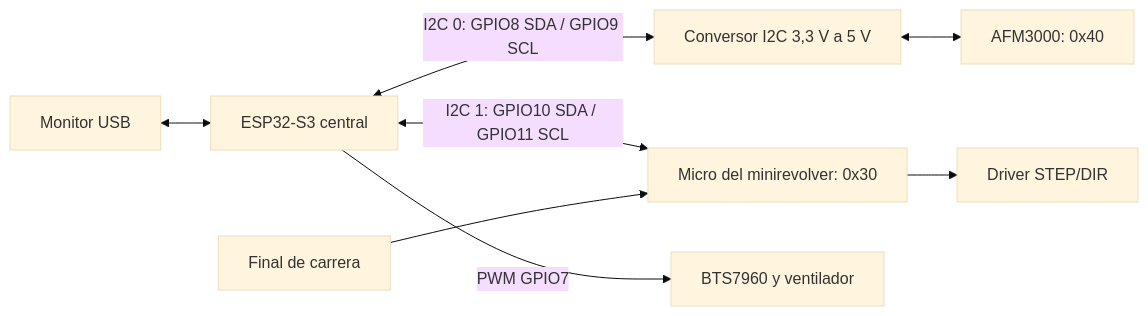
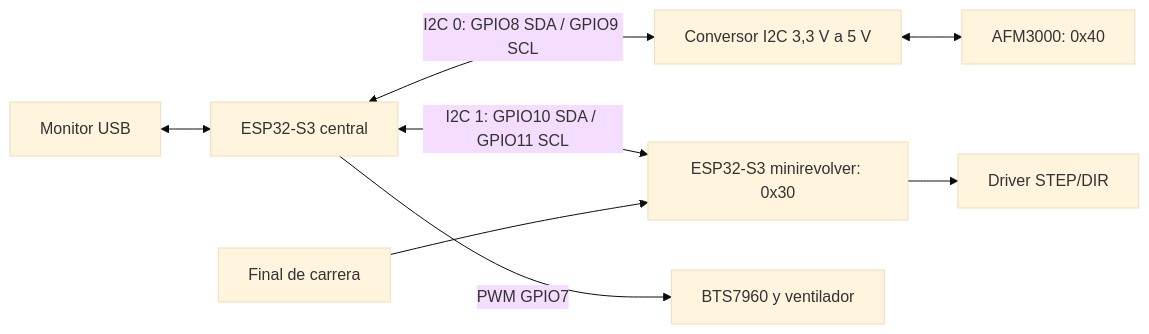
Before and after one commit to AleReb/modularAirFlow: the diagram in sistemasI2C/README.md, drawn with Mermaid (base theme). The commit also changed other lines of this file and 3 other files, not shown here.

Commit message:
Update README files to reflect ESP32-S3 integration and clarify architecture details

````diff
--- a/sistemasI2C/README.md
+++ b/sistemasI2C/README.md
@@ -20,10 +22,10 @@
 ```mermaid
 flowchart LR
   PC[Monitor USB] <--> S3[ESP32-S3 central]
   S3 <-->|I2C 0: GPIO8 SDA / GPIO9 SCL| NIV[Conversor I2C 3,3 V a 5 V]
   NIV <--> AFM[AFM3000: 0x40]
-  S3 <-->|I2C 1: GPIO10 SDA / GPIO11 SCL| REV[Micro del minirevolver: 0x30]
+  S3 <-->|I2C 1: GPIO10 SDA / GPIO11 SCL| REV[ESP32-S3 minirevolver: 0x30]
   REV --> DRV[Driver STEP/DIR]
   SW[Final de carrera] --> REV
   S3 -->|PWM GPIO7| FAN[BTS7960 y ventilador]
 ```
````
